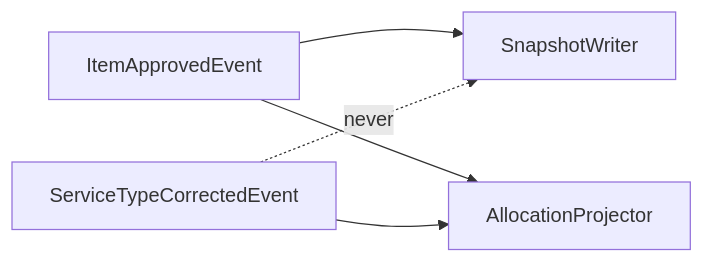
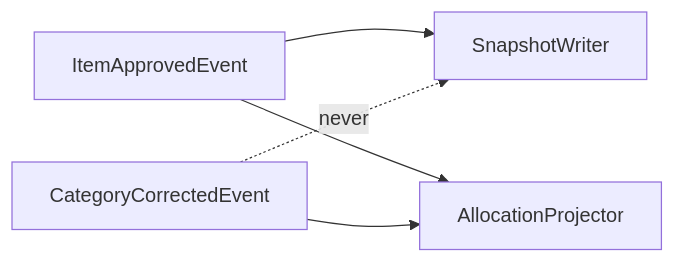
One commit to devergehq/locus changed the diagram in skills/issue-craft/examples/synthetic-defect-ticket.md. Above: the diagram before and after it, drawn with Mermaid. The commit also changed other lines of this file and 4 other files, not shown here.

````diff
--- a/skills/issue-craft/examples/synthetic-defect-ticket.md
+++ b/skills/issue-craft/examples/synthetic-defect-ticket.md
@@ -53,7 +53,7 @@
 ```mermaid
 flowchart LR
   A[ItemApprovedEvent] --> S[SnapshotWriter]
   A --> P[AllocationProjector]
-  C[ServiceTypeCorrectedEvent] --> P
+  C[CategoryCorrectedEvent] --> P
   C -. never .-> S
 ```
````
